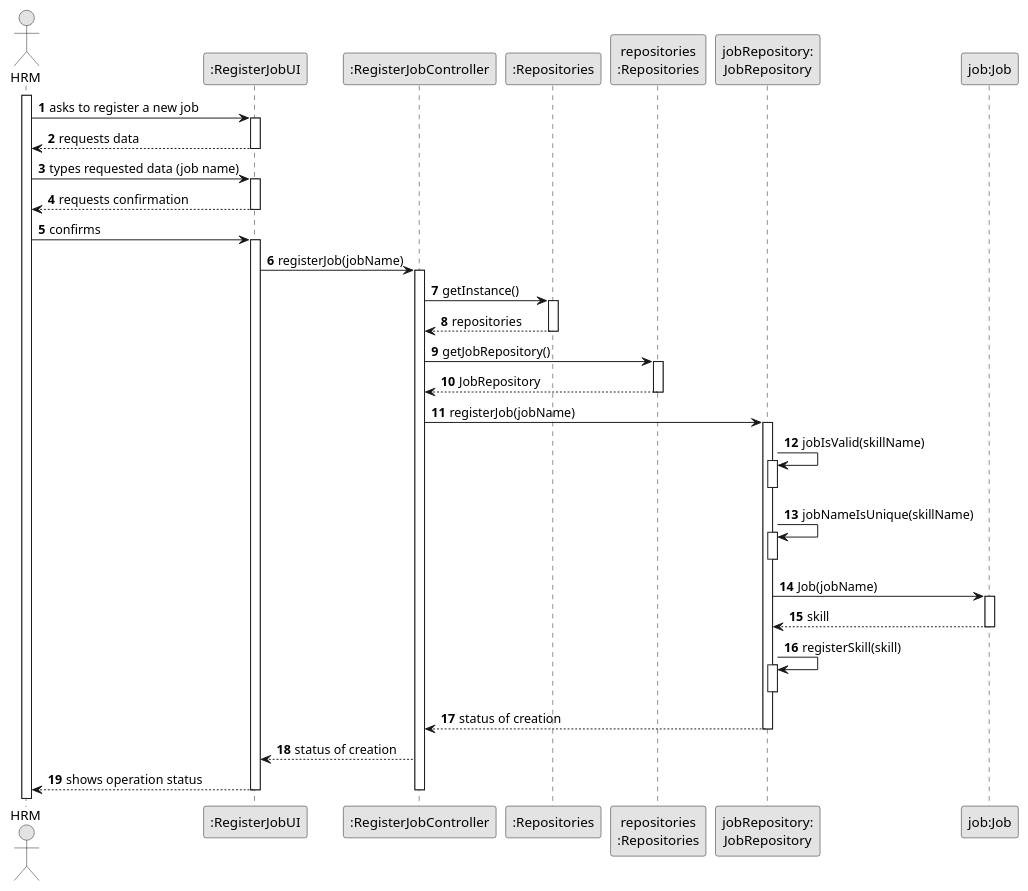
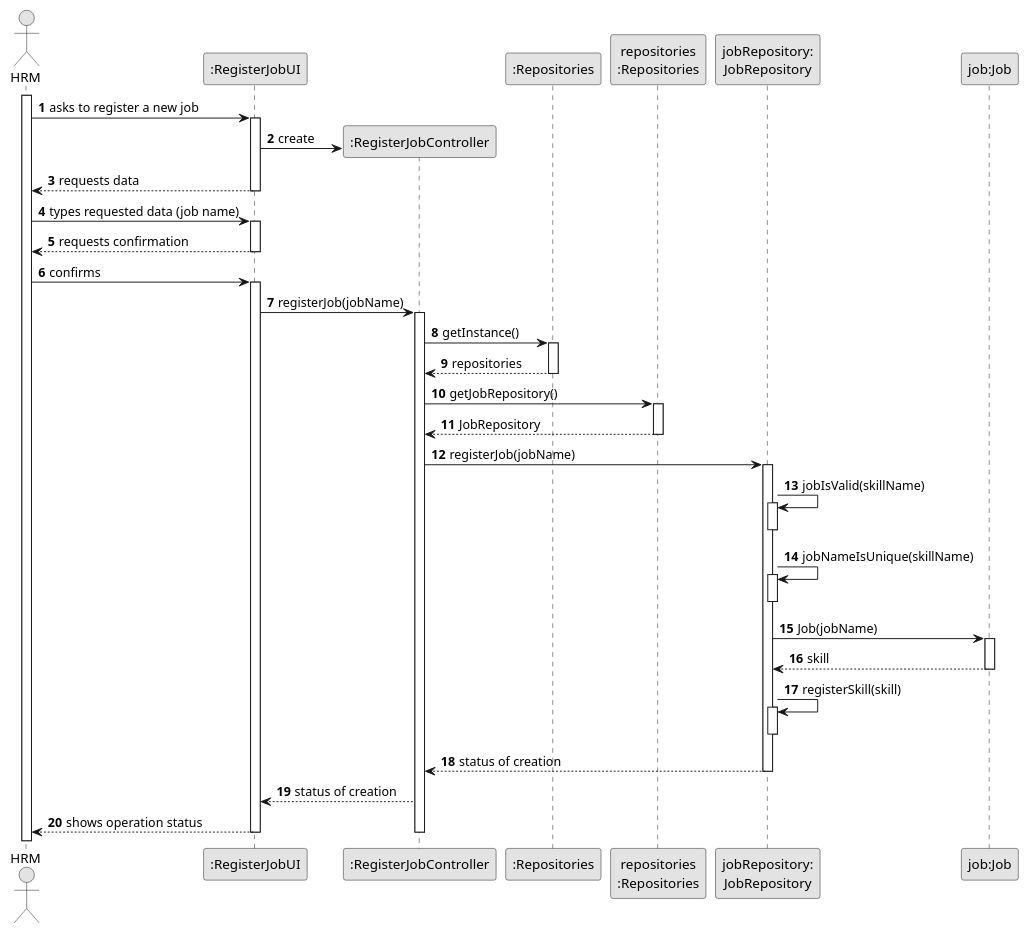
Before and after one commit to Departamento-de-Engenharia-Informatica/lei-24-s2-1do-g164: the diagram in docs/sprintB/us002/03.design/puml/us002-sequence-diagram-full.puml, drawn with PlantUML. The commit also changed 9 other files, not shown here.

```diff
--- a/docs/sprintB/us002/03.design/puml/us002-sequence-diagram-full.puml
+++ b/docs/sprintB/us002/03.design/puml/us002-sequence-diagram-full.puml
@@ -1,83 +1,85 @@
 @startuml
 skinparam monochrome true
 skinparam packageStyle rectangle
 skinparam shadowing false
 
 autonumber
 
 'hide footbox
 actor " HRM" as ADM
 participant ":RegisterJobUI" as UI
 participant ":RegisterJobController" as CTRL
 participant ":Repositories" as RepositorySingleton
 participant "repositories\n:Repositories" as PLAT
 participant "jobRepository:\nJobRepository" as JobRepository
 participant "job:Job" as job
 
 activate ADM
 
+
         ADM -> UI : asks to register a new job
 
+
         activate UI
-
+            UI -> CTRL**:create
 '            UI --> ADM : requests data (reference, description,  informal \n description, technical description, duration, cost)
             'create CTRL
 
 
             UI --> ADM : requests data
         deactivate UI
 
     ADM -> UI : types requested data (job name)
     activate UI
 
         UI --> ADM : requests confirmation
     deactivate UI
 
     ADM -> UI : confirms
     activate UI
 
         UI -> CTRL : registerJob(jobName)
         activate CTRL
 
 
                 CTRL -> RepositorySingleton : getInstance()
                 activate RepositorySingleton
 
                     RepositorySingleton --> CTRL: repositories
                 deactivate RepositorySingleton
 
                 CTRL -> PLAT : getJobRepository()
                 activate PLAT
 
                     PLAT --> CTRL : JobRepository
                 deactivate PLAT
 
                 CTRL -> JobRepository : registerJob(jobName)
                 activate JobRepository
 
                         JobRepository -> JobRepository : jobIsValid(skillName)
                                 activate JobRepository
                                 deactivate JobRepository
                                 JobRepository -> JobRepository : jobNameIsUnique(skillName)
                                 activate JobRepository
                                 deactivate JobRepository
 
                         "JobRepository" -> job : Job(jobName)
                         activate job
                         "JobRepository" <-- job : skill
                         deactivate job
                         JobRepository -> JobRepository : registerSkill(skill)
                         activate JobRepository
                         deactivate JobRepository
 
 
                     JobRepository --> CTRL : status of creation
                 deactivate JobRepository
                     CTRL --> UI : status of creation
                     UI --> ADM : shows operation status
                     deactivate UI
             deactivate CTRL
 
 
 
 @enduml
```
